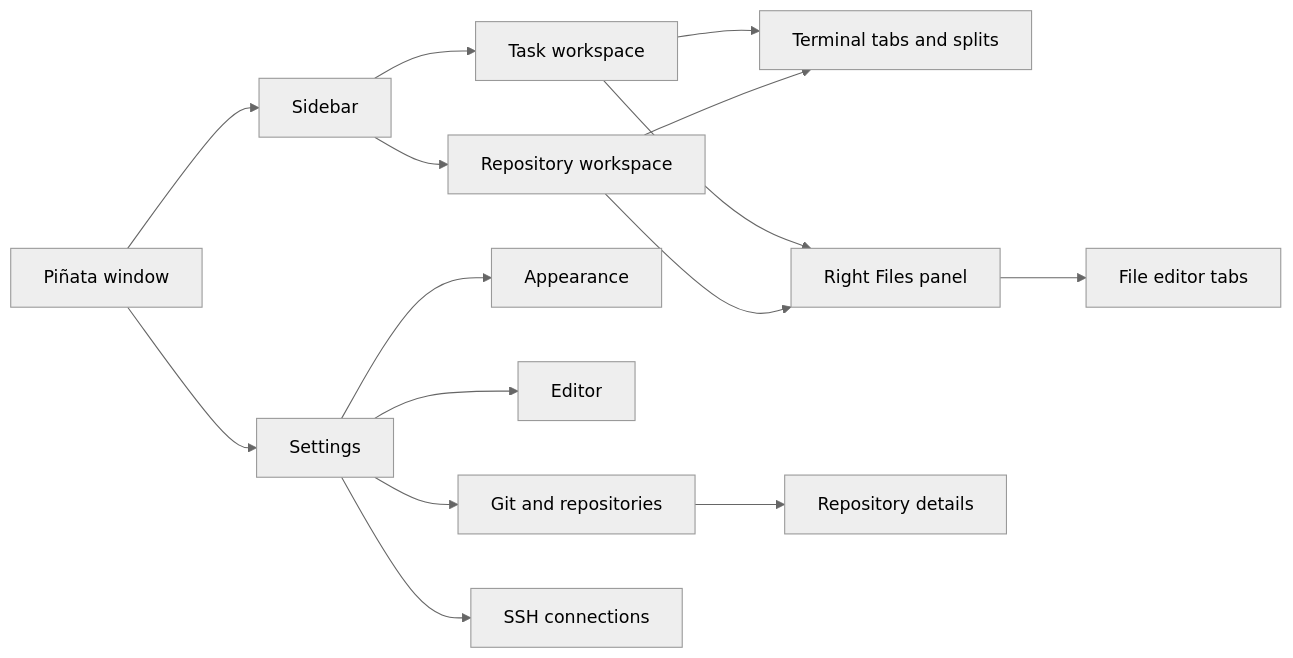
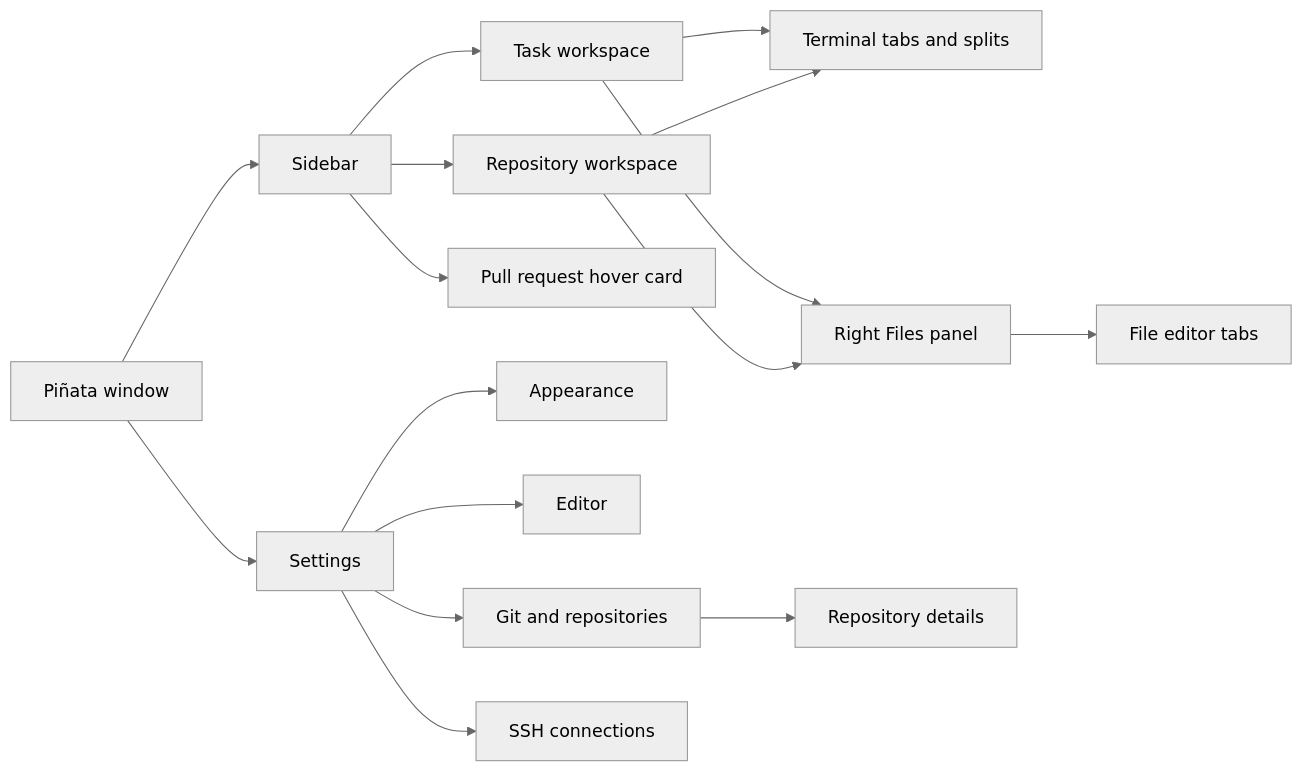
One commit to gh0stonio/pinata changed the first of 4 diagrams in docs/application-map.md. Above: the diagram before and after it, drawn with Mermaid (neutral theme). The commit also changed other lines of this file and 21 other files, not shown here.

Commit message:
Stabilize terminal sessions and pull request tracking

````diff
--- a/docs/application-map.md
+++ b/docs/application-map.md
@@ -7,17 +7,18 @@
 ```mermaid
 flowchart LR
     App[Piñata window] --> Sidebar[Sidebar]
     Sidebar --> Task[Task workspace]
     Sidebar --> Attachment[Repository workspace]
+    Sidebar --> PRStatus[Pull request hover card]
     Task --> Terminal[Terminal tabs and splits]
     Attachment --> Terminal
     Task --> Files[Right Files panel]
     Attachment --> Files
     Files --> Editor[File editor tabs]
     App --> Settings[Settings]
     Settings --> Appearance[Appearance]
     Settings --> EditorSettings[Editor]
     Settings --> Git[Git and repositories]
     Settings --> Connections[SSH connections]
     Git --> Repository[Repository details]
 ```
````
